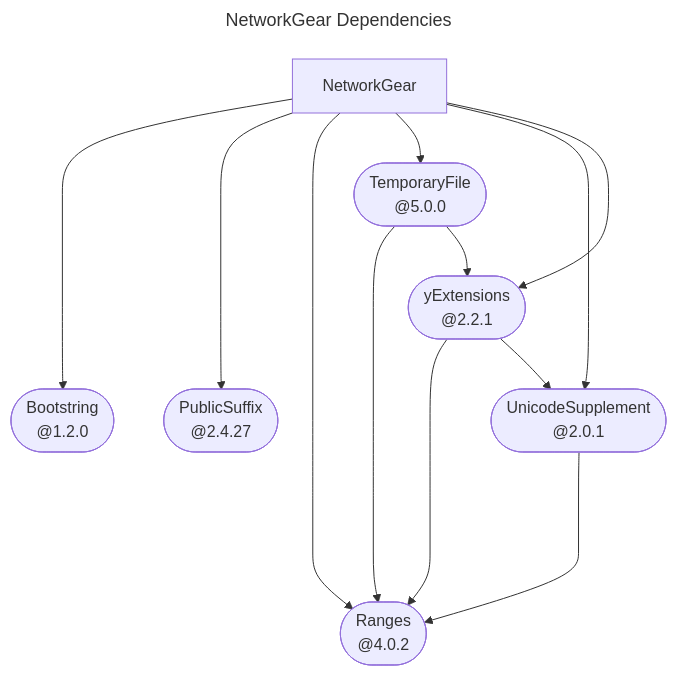
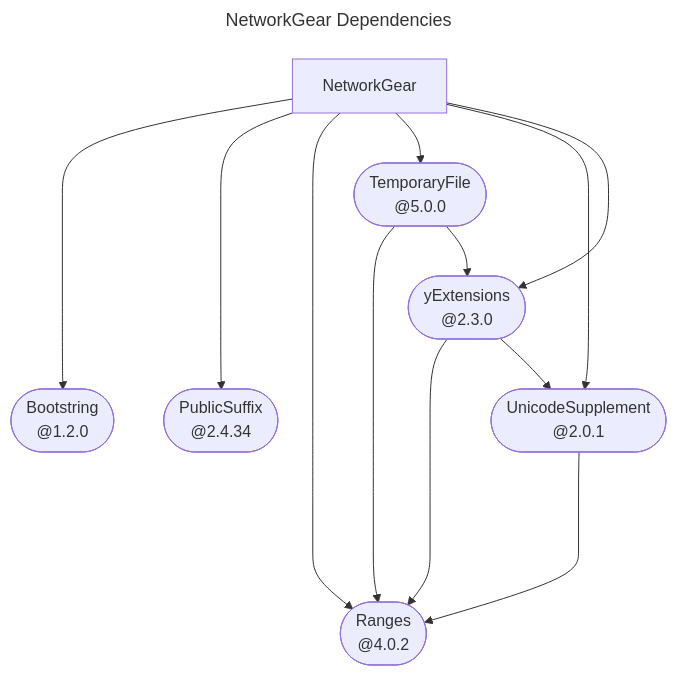
One commit to YOCKOW/SwiftNetworkGear changed the diagram in README.md. Above: the diagram before and after it, drawn with Mermaid.

Commit message:
Update "./README.md".
This commit is done by the workflow in [SwiftPackageHelperTools](https://GitHub.com/YOCKOW/SwiftPackageHelperTools.git).
- UUID: bf8e8535-9550-4d9b-9653-863fb2c8cc11
- Date: 2026-08-30 03:14:09+0000

````diff
--- a/README.md
+++ b/README.md
@@ -15,34 +15,34 @@
 ```mermaid
 ---
 title: NetworkGear Dependencies
 ---
 flowchart TD
   swiftbootstring(["Bootstring<br>@1.2.0"])
   swiftnetworkgear["NetworkGear"]
-  swiftpublicsuffix(["PublicSuffix<br>@2.4.27"])
+  swiftpublicsuffix(["PublicSuffix<br>@2.4.34"])
   swiftranges(["Ranges<br>@4.0.2"])
   swifttemporaryfile(["TemporaryFile<br>@5.0.0"])
   swiftunicodesupplement(["UnicodeSupplement<br>@2.0.1"])
-  yswiftextensions(["yExtensions<br>@2.2.1"])
+  yswiftextensions(["yExtensions<br>@2.3.0"])
 
   click swiftbootstring href "https://github.com/YOCKOW/SwiftBootstring.git"
   click swiftpublicsuffix href "https://github.com/YOCKOW/SwiftPublicSuffix.git"
   click swiftranges href "https://github.com/YOCKOW/SwiftRanges.git"
   click swifttemporaryfile href "https://github.com/YOCKOW/SwiftTemporaryFile.git"
   click swiftunicodesupplement href "https://github.com/YOCKOW/SwiftUnicodeSupplement.git"
   click yswiftextensions href "https://github.com/YOCKOW/ySwiftExtensions.git"
 
   swiftnetworkgear ----> swiftbootstring
   swiftnetworkgear ----> swiftpublicsuffix
   swiftnetworkgear ----> swiftranges
   swiftnetworkgear --> swifttemporaryfile
   swiftnetworkgear --> swiftunicodesupplement
   swiftnetworkgear --> yswiftextensions
   swifttemporaryfile ----> swiftranges
   swifttemporaryfile --> yswiftextensions
   swiftunicodesupplement ----> swiftranges
   yswiftextensions ----> swiftranges
   yswiftextensions --> swiftunicodesupplement
 
 
 ```
````
